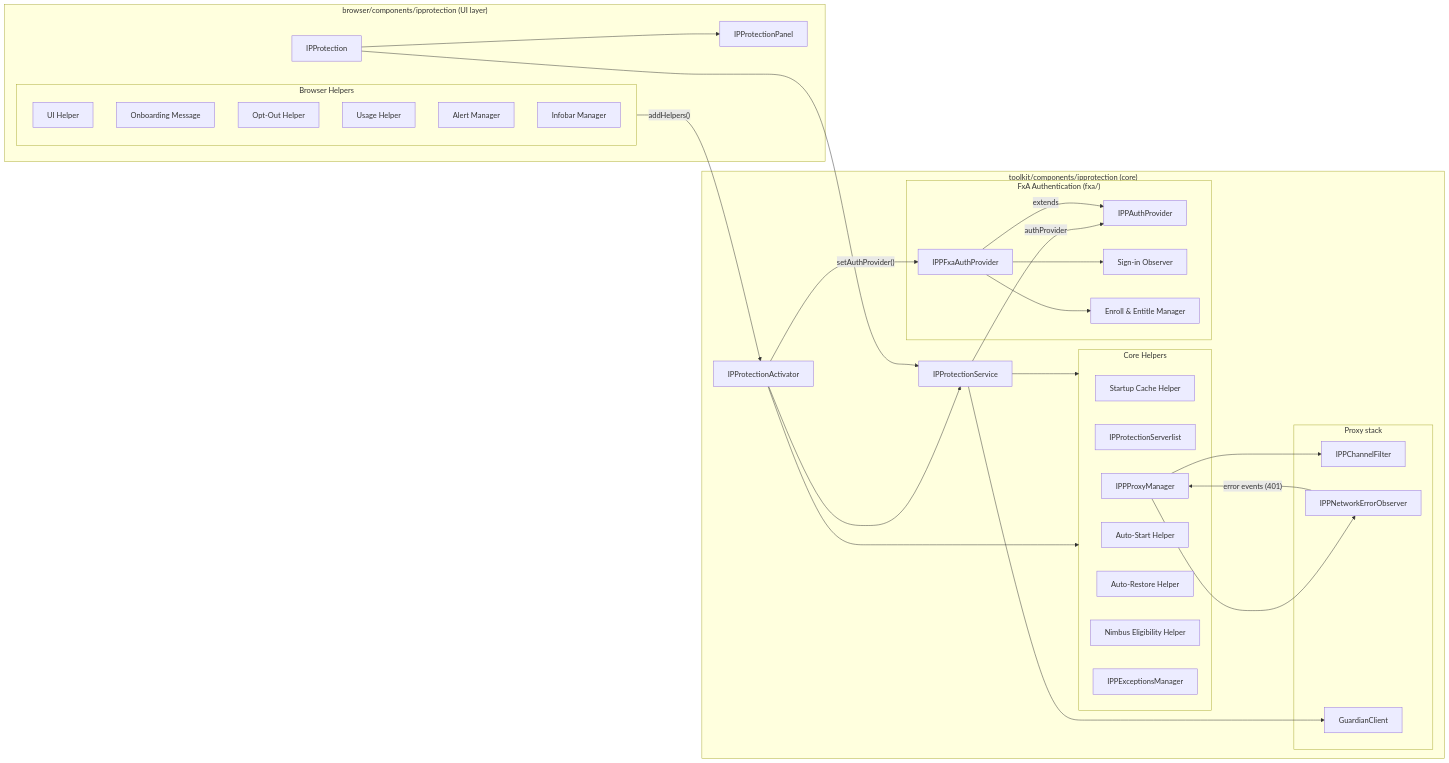
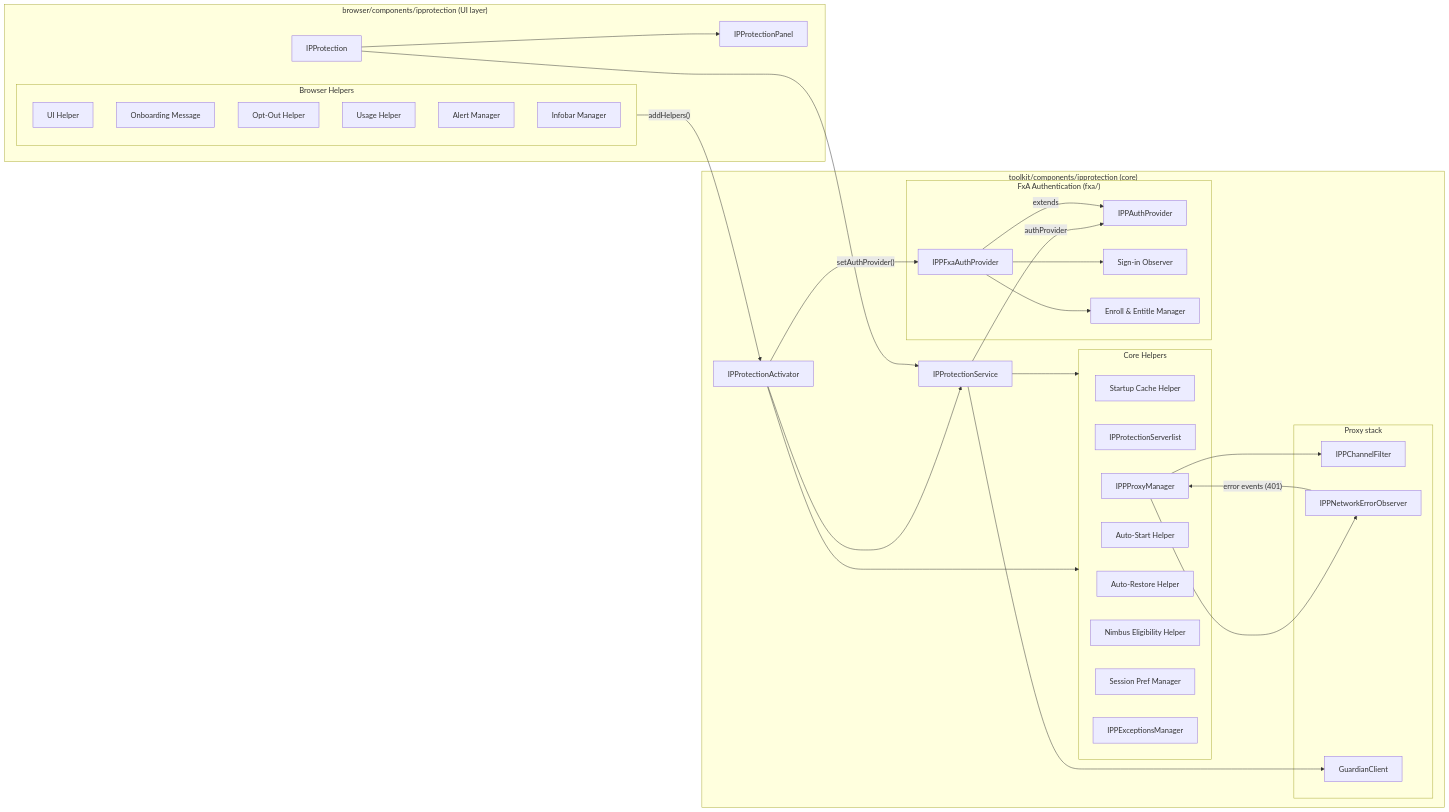
One commit to marco-c/gecko-dev-comments-removed changed the diagram in toolkit/components/ipprotection/docs/Components.rst. Above: the diagram before and after it, drawn with Mermaid. The commit also changed other lines of this file and 5 other files, not shown here.

```diff
--- a/toolkit/components/ipprotection/docs/Components.rst
+++ b/toolkit/components/ipprotection/docs/Components.rst
@@ -18,74 +18,75 @@
 .. mermaid::
    :align: center
    :caption: IP Protection architecture
 
    flowchart LR
 
      %% browser/components/ipprotection
      subgraph Browser["browser/components/ipprotection (UI layer)"]
        IPProtection
        IPProtectionPanel
 
        subgraph BrowserHelpers["Browser Helpers"]
          UIHelper["UI Helper"]
          IPPOnboardingMessage["Onboarding Message"]
          IPPOptOutHelper["Opt-Out Helper"]
          IPPUsageHelper["Usage Helper"]
          IPProtectionAlertManager["Alert Manager"]
          IPProtectionInfobarManager["Infobar Manager"]
        end
      end
 
      %% toolkit/components/ipprotection
      subgraph Toolkit["toolkit/components/ipprotection (core)"]
        IPProtectionService
        IPProtectionActivator
 
        subgraph CoreHelpers["Core Helpers"]
          IPPStartupCache["Startup Cache Helper"]
          IPProtectionServerlist
          IPPProxyManager
          IPPAutoStart["Auto-Start Helper"]
          IPPAutoRestoreHelper["Auto-Restore Helper"]
          IPPNimbusHelper["Nimbus Eligibility Helper"]
+         IPPSessionPrefManager["Session Pref Manager"]
          IPPExceptionsManager
        end
 
        subgraph FxaAuth["FxA Authentication (fxa/)"]
          IPPAuthProvider
          IPPFxaAuthProvider
          IPPSignInWatcher["Sign-in Observer"]
          IPPEnrollAndEntitleManager["Enroll & Entitle Manager"]
        end
 
        subgraph Proxy["Proxy stack"]
          IPPChannelFilter
          IPPNetworkErrorObserver
          GuardianClient
        end
      end
 
      %% Activator wiring
      BrowserHelpers -- "addHelpers()" --> IPProtectionActivator
      IPProtectionActivator --> IPProtectionService
      IPProtectionActivator --> CoreHelpers
      IPProtectionActivator -- "setAuthProvider()" --> IPPFxaAuthProvider
 
      %% Service wiring
      IPProtectionService --> GuardianClient
      IPProtectionService --> CoreHelpers
      IPProtectionService -- "authProvider" --> IPPAuthProvider
 
      %% FxA auth wiring
      IPPFxaAuthProvider -->|extends| IPPAuthProvider
      IPPFxaAuthProvider --> IPPSignInWatcher
      IPPFxaAuthProvider --> IPPEnrollAndEntitleManager
 
      %% UI wiring
      IPProtection --> IPProtectionPanel
      IPProtection --> IPProtectionService
 
      %% Proxy wiring
      IPPProxyManager --> IPPChannelFilter
      IPPProxyManager --> IPPNetworkErrorObserver
      IPPNetworkErrorObserver -- "error events (401)" --> IPPProxyManager
```
